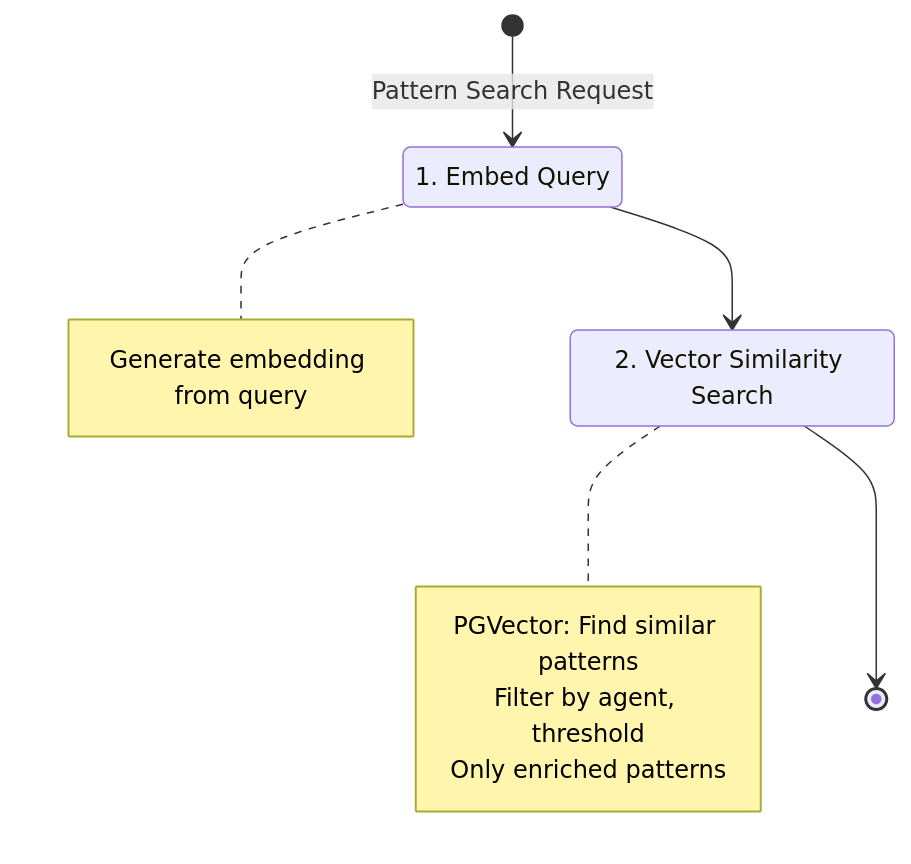
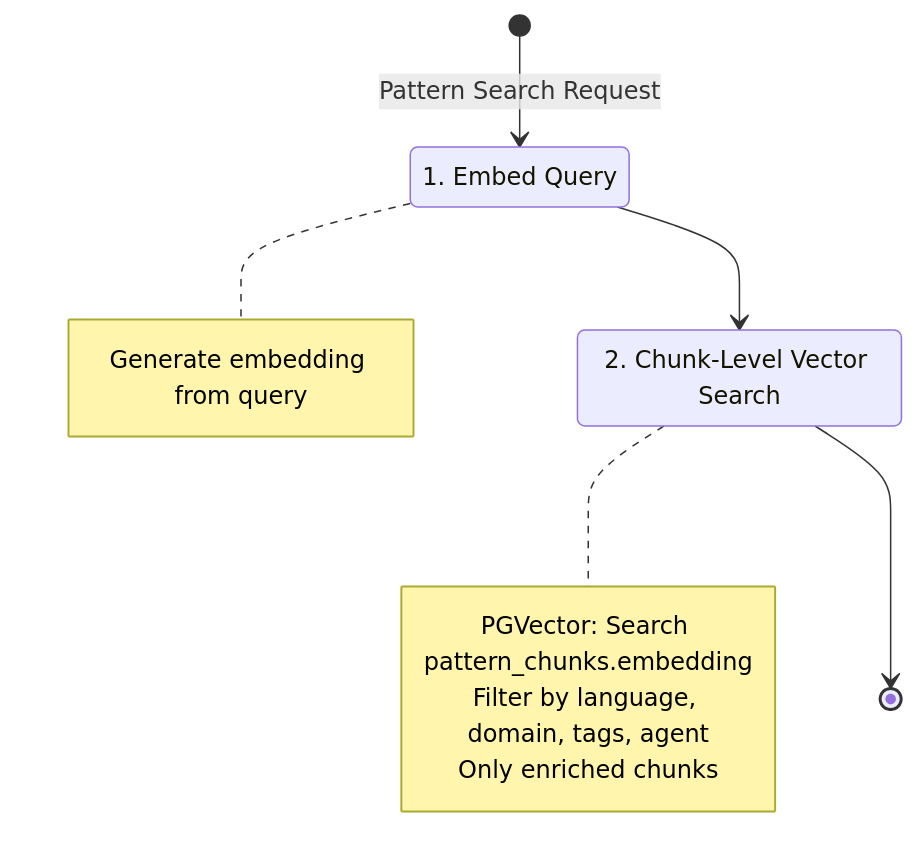
The third of 6 diagrams in docs/design/pattern-processing.md (twistingmercury/mnemonic-mcp), drawn with Mermaid before and after one commit. The commit also changed other lines of this file and 45 other files, not shown here.

````diff
--- a/docs/design/pattern-processing.md
+++ b/docs/design/pattern-processing.md
@@ -276,20 +291,20 @@
 ```mermaid
 stateDiagram-v2
     [*] --> EmbedQuery: Pattern Search Request
 
     state "1. Embed Query" as EmbedQuery
     note right of EmbedQuery
         Generate embedding from query
     end note
 
     EmbedQuery --> VectorSearch
 
-    state "2. Vector Similarity Search" as VectorSearch
+    state "2. Chunk-Level Vector Search" as VectorSearch
     note right of VectorSearch
-        PGVector: Find similar patterns
-        Filter by agent, threshold
-        Only enriched patterns
+        PGVector: Search pattern_chunks.embedding
+        Filter by language, domain, tags, agent
+        Only enriched chunks
     end note
 
     VectorSearch --> [*]
 ```
````
